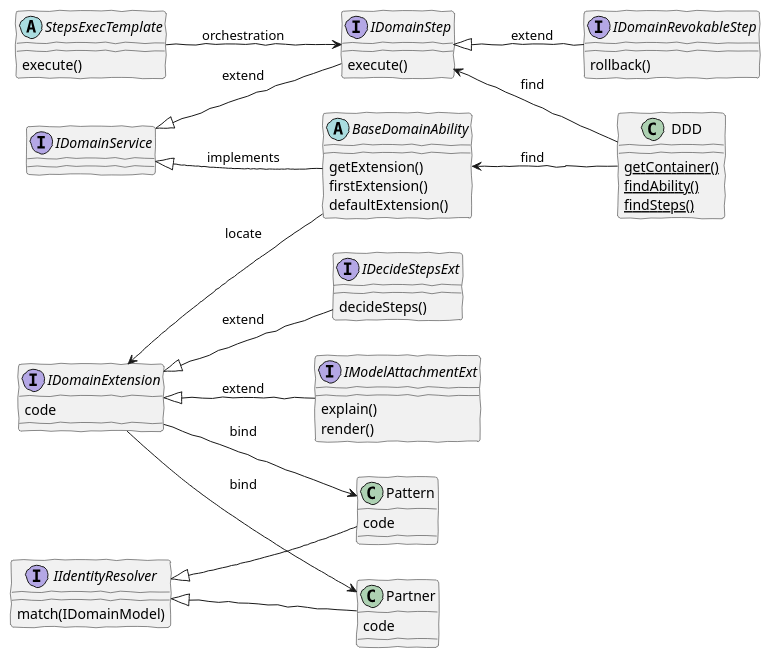
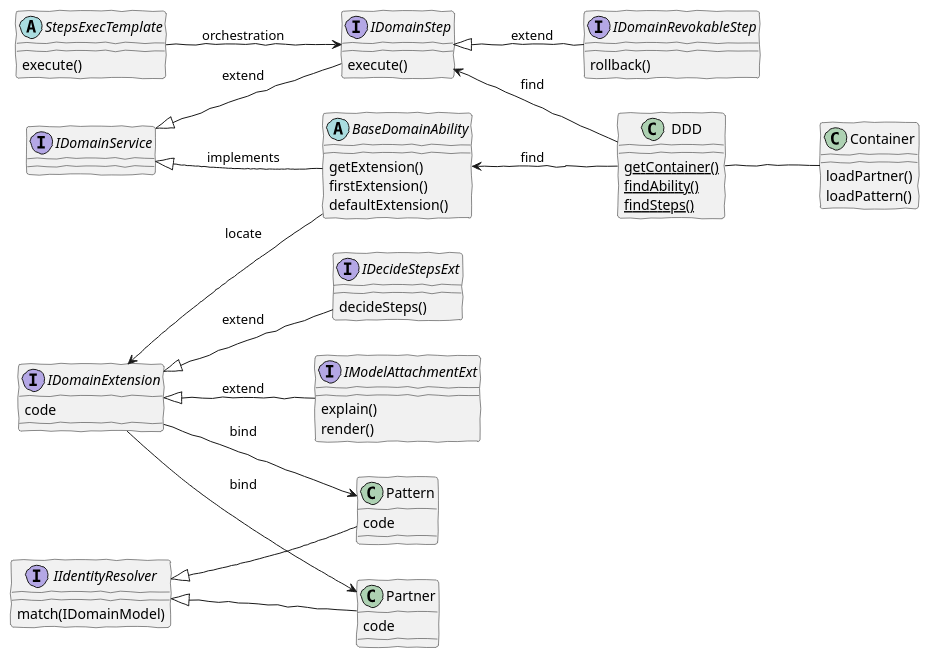
The diagram in doc/classes.puml (funkygao/cp-ddd-framework), drawn with PlantUML before and after one commit. The commit also changed 1 other file, not shown here.

Commit message:
add a new abstraction: Container

```diff
--- a/doc/classes.puml
+++ b/doc/classes.puml
@@ -1,52 +1,56 @@
 @startuml
 skinparam handwritten true
 skinparam shadowing<<with_shadow>> true
 left to right direction
 
 interface IDomainService
 interface IDomainStep
 IDomainStep : execute()
 interface IDecideStepsExt
 interface IDomainRevokableStep
 IDomainRevokableStep : rollback()
 interface IDomainExtension
 interface IIdentityResolver
 interface IModelAttachmentExt
 IModelAttachmentExt : explain()
 IModelAttachmentExt : render()
 abstract StepsExecTemplate
 abstract BaseDomainAbility
 BaseDomainAbility : getExtension()
 BaseDomainAbility : firstExtension()
 BaseDomainAbility : defaultExtension()
 StepsExecTemplate : execute()
 DDD : {static} getContainer()
 DDD : {static} findAbility()
 DDD : {static} findSteps()
 IDecideStepsExt : decideSteps()
 IIdentityResolver : match(IDomainModel)
 
 IDomainService <|-- IDomainStep: extend
 IDomainStep <|-- IDomainRevokableStep: extend
 IDomainService <|-- BaseDomainAbility: implements
 
 IDomainExtension <|-- IDecideStepsExt: extend
 IDomainExtension <|-- IModelAttachmentExt: extend
 
 IIdentityResolver <|-- Pattern
 IIdentityResolver <|-- Partner
 
 BaseDomainAbility <-- DDD: find
 IDomainStep <-- DDD: find
 
 IDomainExtension <-- BaseDomainAbility: locate
 
 IDomainExtension --> Pattern: bind
 IDomainExtension --> Partner: bind
 
+DDD -- Container
+Container : loadPartner()
+Container : loadPattern()
+
 Partner : code
 Pattern : code
 IDomainExtension : code
 
 StepsExecTemplate --> IDomainStep: orchestration
 @enduml
```
